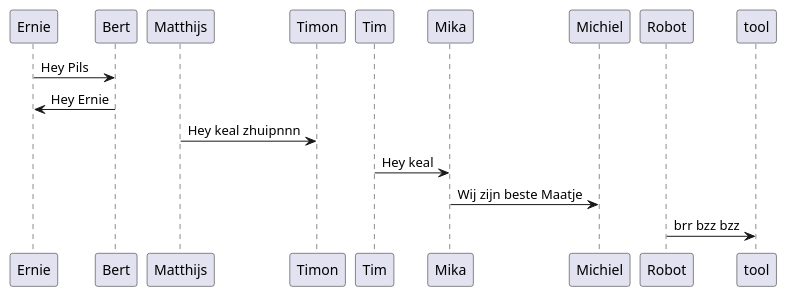
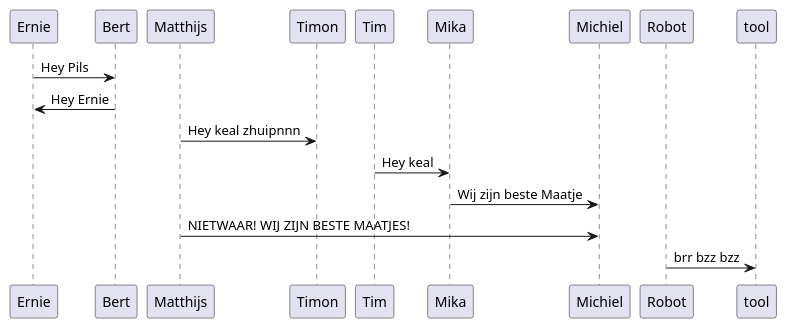
The diagram in src/Introduction.md (Timon14kraan/Project-Proces-and-Safety), drawn with PlantUML before and after one commit. The commit also changed 2 other files, not shown here.

Commit message:
Msthijsje

````diff
--- a/src/Introduction.md
+++ b/src/Introduction.md
@@ -3,16 +3,17 @@
 ```plantuml
 @startuml bert_and_ernie
 
 
 Ernie->Bert : Hey Pils
 Bert->Ernie : Hey Ernie
 
 Matthijs->Timon : Hey keal zhuipnnn
 Tim->Mika : Hey keal
 Mika-> Michiel :  Wij zijn beste Maatje
+Matthijs->Michiel : NIETWAAR! WIJ ZIJN BESTE MAATJES!
 Robot -> tool: brr bzz bzz
 
 
 
 @enduml
 ```
````
